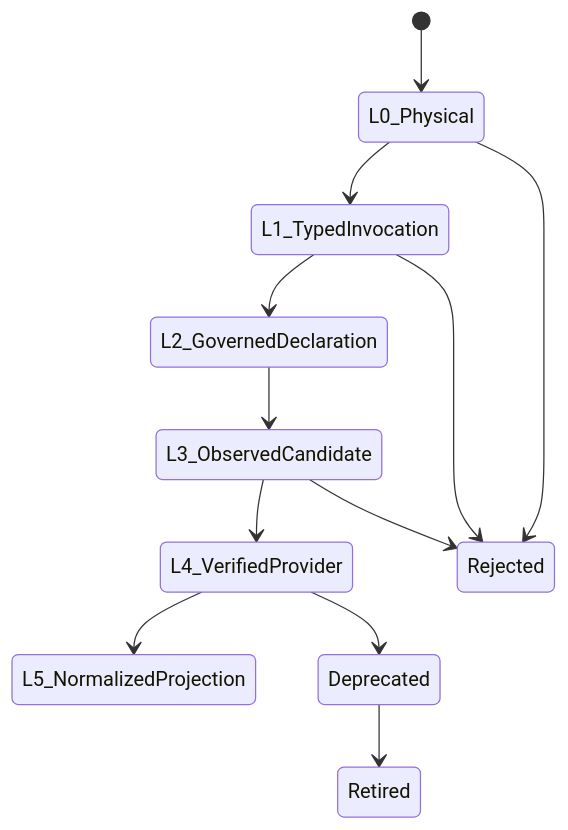
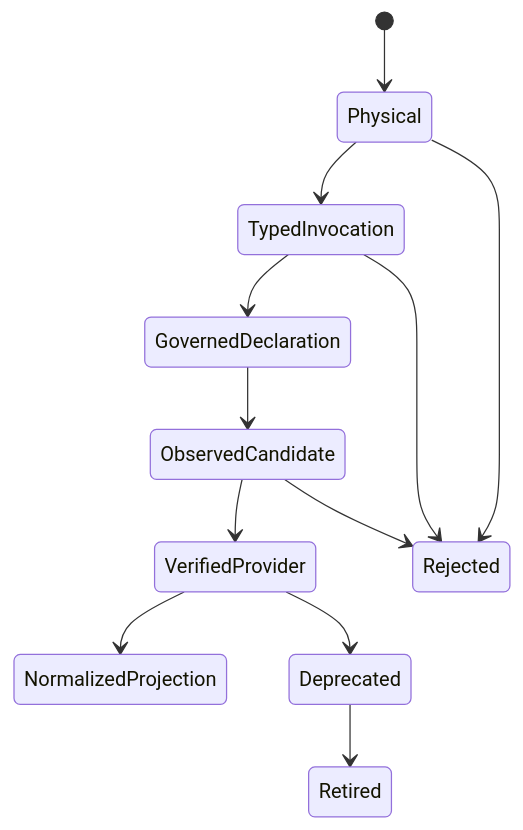
The second of 5 diagrams in docs/external-provider-policy.md (sec-platform/sec), drawn with Mermaid before and after one commit. The commit also changed other lines of this file and 14 other files, not shown here.

Commit message:
docs: close semantic architecture design

````diff
--- a/docs/external-provider-policy.md
+++ b/docs/external-provider-policy.md
@@ -82,14 +82,14 @@
 ```mermaid
 stateDiagram-v2
-  [*] --> L0_Physical
-  L0_Physical --> L1_TypedInvocation
-  L1_TypedInvocation --> L2_GovernedDeclaration
-  L2_GovernedDeclaration --> L3_ObservedCandidate
-  L3_ObservedCandidate --> L4_VerifiedProvider
-  L4_VerifiedProvider --> L5_NormalizedProjection
-  L0_Physical --> Rejected
-  L1_TypedInvocation --> Rejected
-  L3_ObservedCandidate --> Rejected
-  L4_VerifiedProvider --> Deprecated
+  [*] --> Physical
+  Physical --> TypedInvocation
+  TypedInvocation --> GovernedDeclaration
+  GovernedDeclaration --> ObservedCandidate
+  ObservedCandidate --> VerifiedProvider
+  VerifiedProvider --> NormalizedProjection
+  Physical --> Rejected
+  TypedInvocation --> Rejected
+  ObservedCandidate --> Rejected
+  VerifiedProvider --> Deprecated
   Deprecated --> Retired
 ```
````
